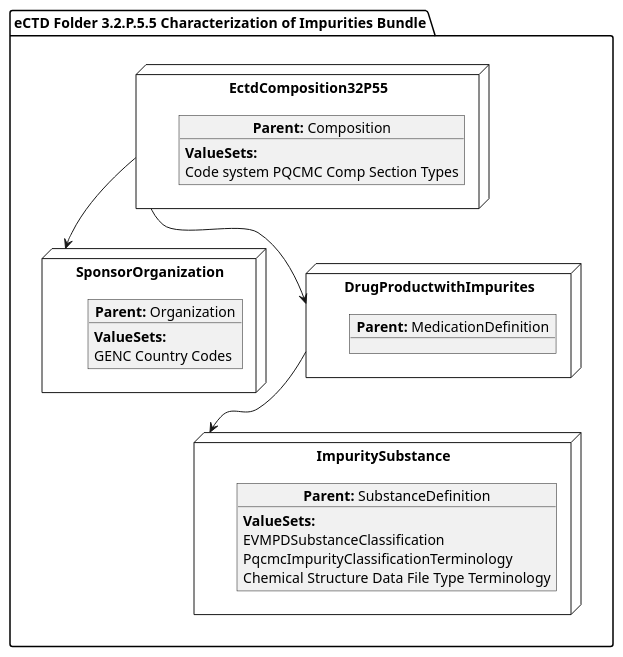
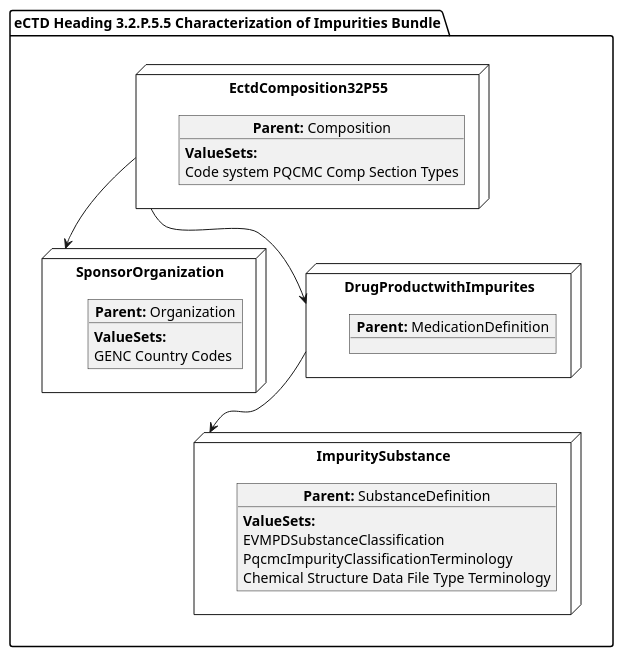
One commit to HL7/FHIR-us-pq-cmc-fda changed the diagram in input/images-source/CharacImprity.plantuml. Above: the diagram before and after it, drawn with PlantUML. The commit also changed 43 other files, not shown here.

```diff
--- a/input/images-source/CharacImprity.plantuml
+++ b/input/images-source/CharacImprity.plantuml
@@ -1,39 +1,38 @@
 @startuml
 allowmixing
 'Mixed model of use case and object
-package "eCTD Folder 3.2.P.5.5 Characterization of Impurities Bundle" as NODES {
+package "eCTD Heading 3.2.P.5.5 Characterization of Impurities Bundle" as NODES {
 
 node "EctdComposition32P55" as N1 { 
       object "**Parent:** Composition" as obj1 {
       **ValueSets:**
   Code system PQCMC Comp Section Types
     }
 }
  node "SponsorOrganization" as NSO { 
       object "**Parent:** Organization" as objAu {
         **ValueSets:**
         GENC Country Codes
     }
 } 
   
   node "DrugProductwithImpurites" as NN { 
       object "**Parent:** MedicationDefinition" as obj3 {      
       }
- 
   }
 
 node "ImpuritySubstance" as N6 { 
       object "**Parent:** SubstanceDefinition" as obj2 {
       **ValueSets:**
       EVMPDSubstanceClassification
       PqcmcImpurityClassificationTerminology
       Chemical Structure Data File Type Terminology
     }
      
 }
 
 N1 --> NSO   
 NN --> N6
 N1 --> NN 
 }
 @enduml
```
